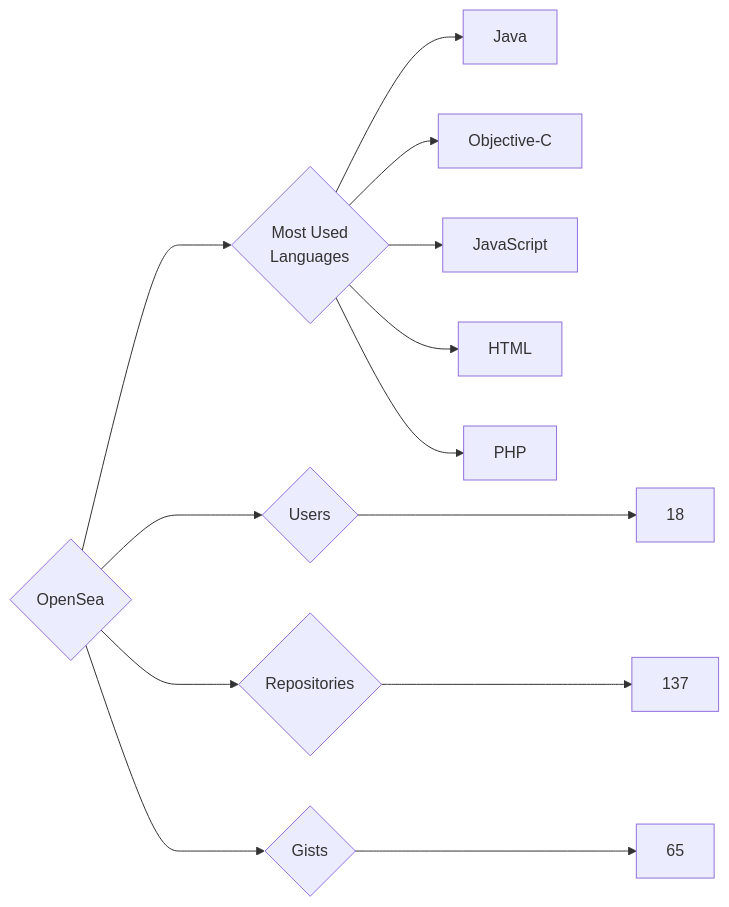
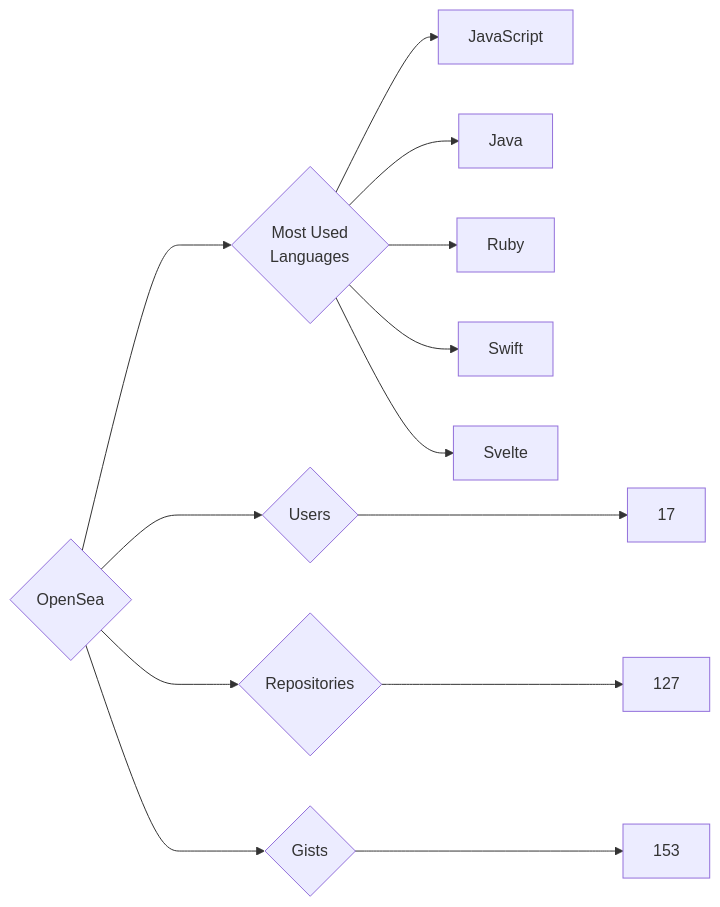
Before and after one commit to trickest/insiders: the diagram in targets/OpenSea/README.md, drawn with Mermaid. The commit also changed 794 other files, not shown here.

````diff
--- a/targets/OpenSea/README.md
+++ b/targets/OpenSea/README.md
@@ -3,13 +3,13 @@
 ```mermaid
 graph LR
 COMPANY_NAME{OpenSea}
-COMPANY_NAME ---> U{Users} ---> UN[18]
-COMPANY_NAME ---> R{Repositories} ---> RN[137]
-COMPANY_NAME ---> G{Gists} ---> GN[65]
+COMPANY_NAME ---> U{Users} ---> UN[17]
+COMPANY_NAME ---> R{Repositories} ---> RN[127]
+COMPANY_NAME ---> G{Gists} ---> GN[153]
 COMPANY_NAME ---> ML{Most Used<br>Languages}
+ML --> JavaScript[JavaScript]
 ML --> Java[Java]
-ML --> Objective-C[Objective-C]
-ML --> JavaScript[JavaScript]
-ML --> HTML[HTML]
-ML --> PHP[PHP]
+ML --> Ruby[Ruby]
+ML --> Swift[Swift]
+ML --> Svelte[Svelte]
 ```
````
